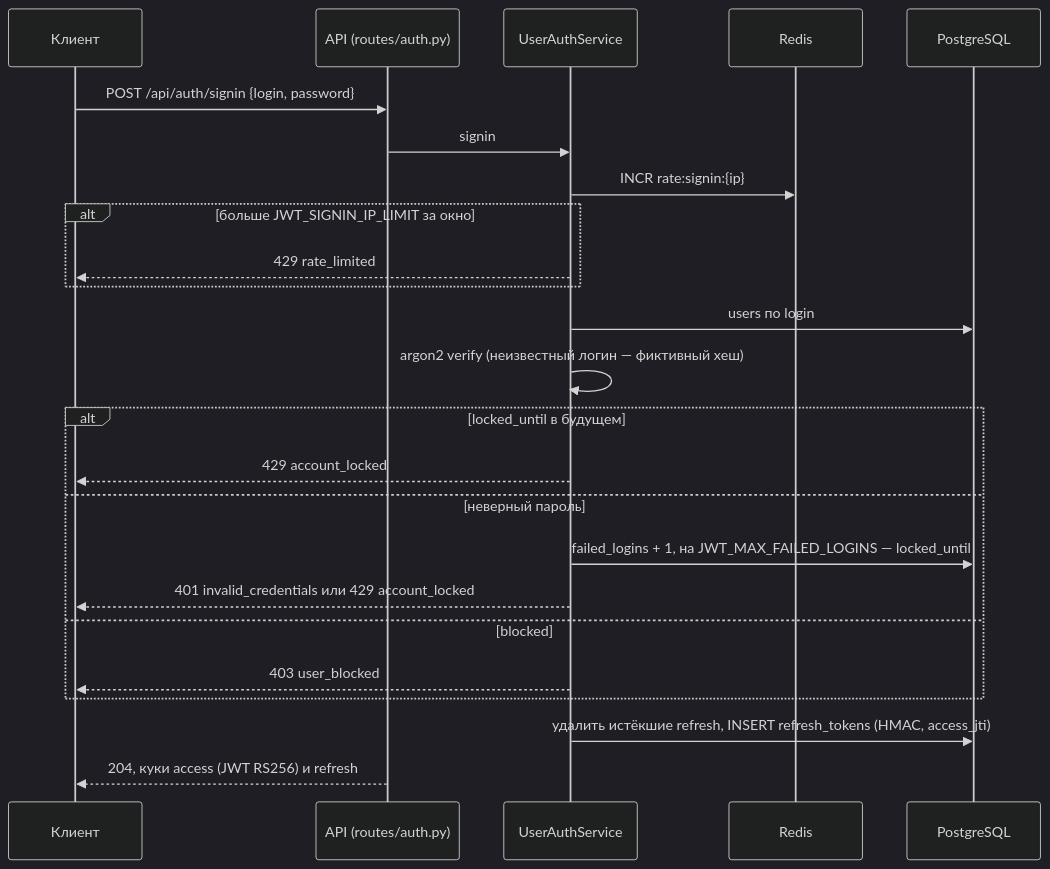
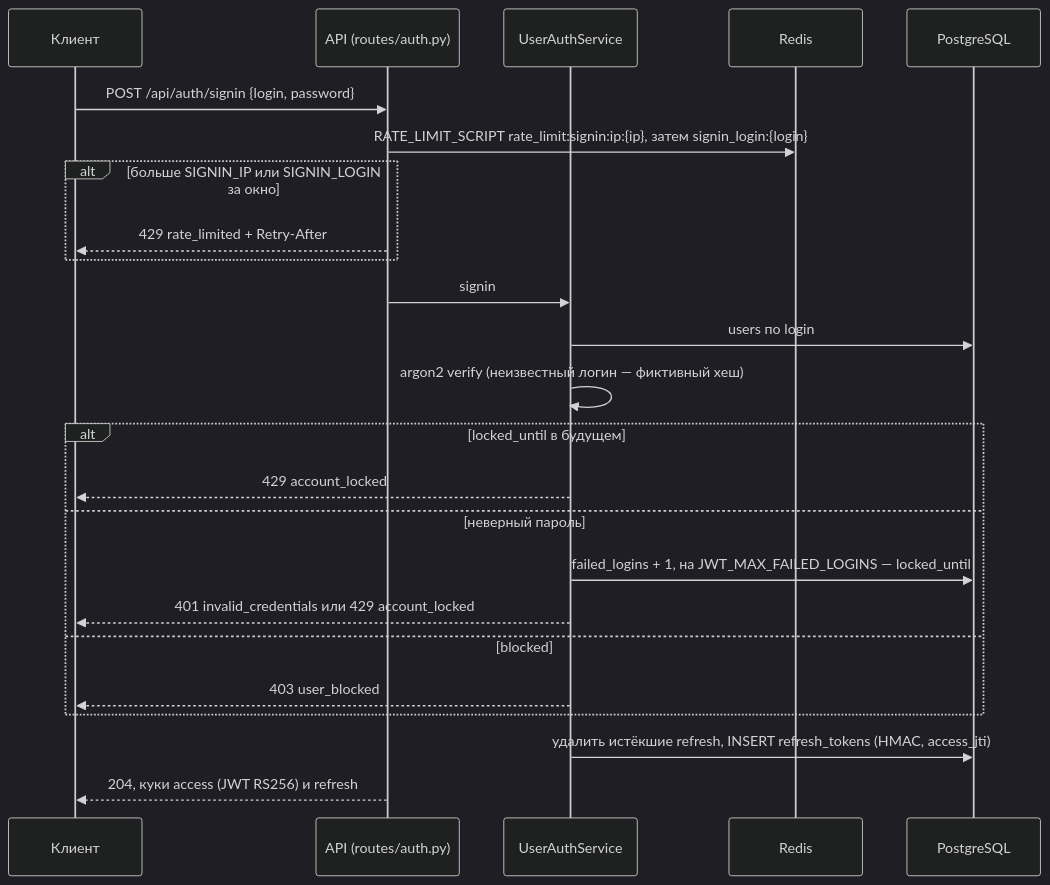
One commit to NikitkaZXC/tcloud-backend changed the first of 3 diagrams in docs/flows/users.md. Above: the diagram before and after it, drawn with Mermaid (dark theme). The commit also changed other lines of this file and 32 other files, not shown here.

````diff
--- a/docs/flows/users.md
+++ b/docs/flows/users.md
@@ -39,26 +39,26 @@
 ```mermaid
 sequenceDiagram
     participant C as Клиент
     participant A as API (routes/auth.py)
     participant U as UserAuthService
     participant R as Redis
     participant DB as PostgreSQL
     C->>A: POST /api/auth/signin {login, password}
+    A->>R: RATE_LIMIT_SCRIPT rate_limit:signin:ip:{ip}, затем signin_login:{login}
+    alt больше SIGNIN_IP или SIGNIN_LOGIN за окно
+        A-->>C: 429 rate_limited + Retry-After
+    end
     A->>U: signin
-    U->>R: INCR rate:signin:{ip}
-    alt больше JWT_SIGNIN_IP_LIMIT за окно
-        U-->>C: 429 rate_limited
-    end
     U->>DB: users по login
     U->>U: argon2 verify (неизвестный логин — фиктивный хеш)
     alt locked_until в будущем
         U-->>C: 429 account_locked
     else неверный пароль
         U->>DB: failed_logins + 1, на JWT_MAX_FAILED_LOGINS — locked_until
         U-->>C: 401 invalid_credentials или 429 account_locked
     else blocked
         U-->>C: 403 user_blocked
     end
     U->>DB: удалить истёкшие refresh, INSERT refresh_tokens (HMAC, access_jti)
     A-->>C: 204, куки access (JWT RS256) и refresh
 ```
````
